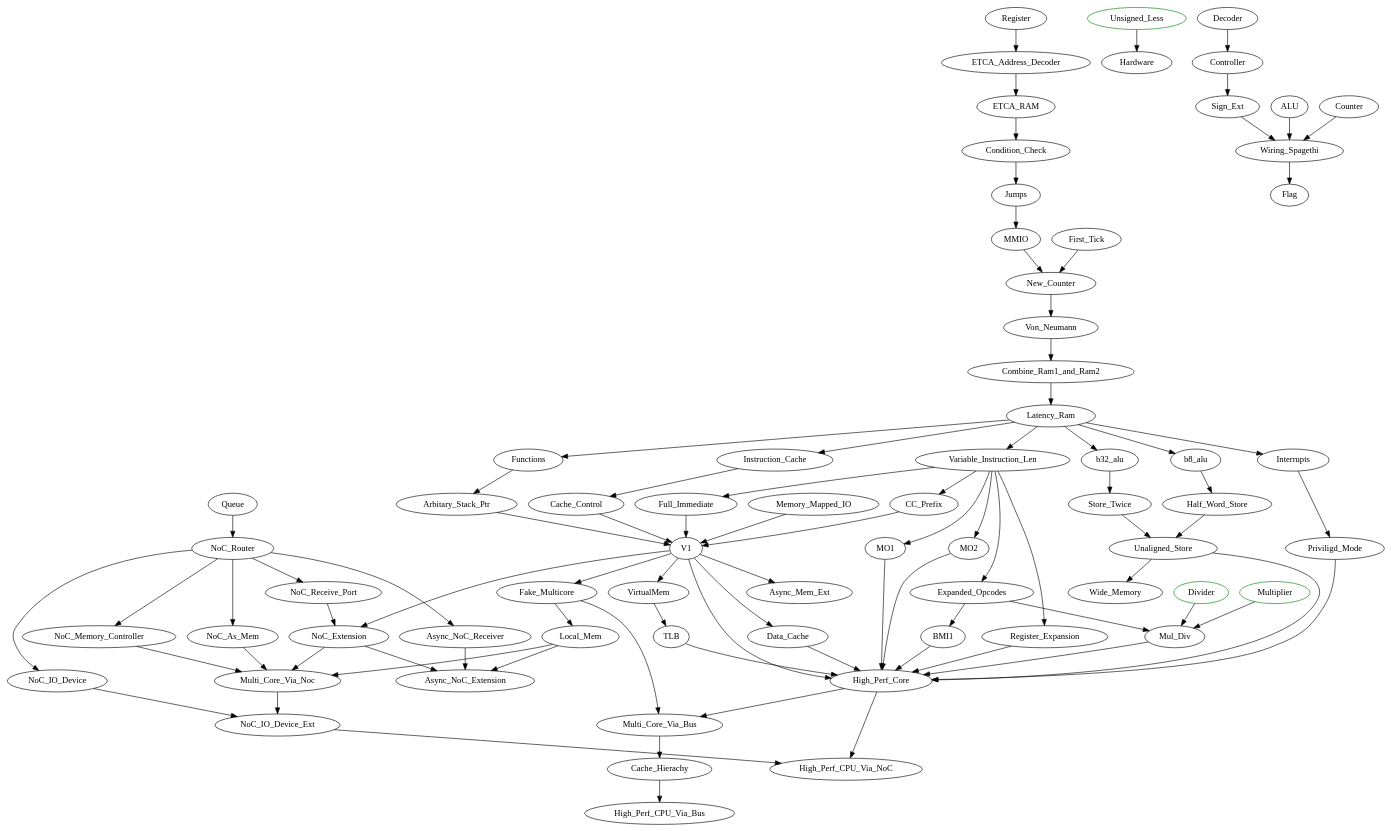
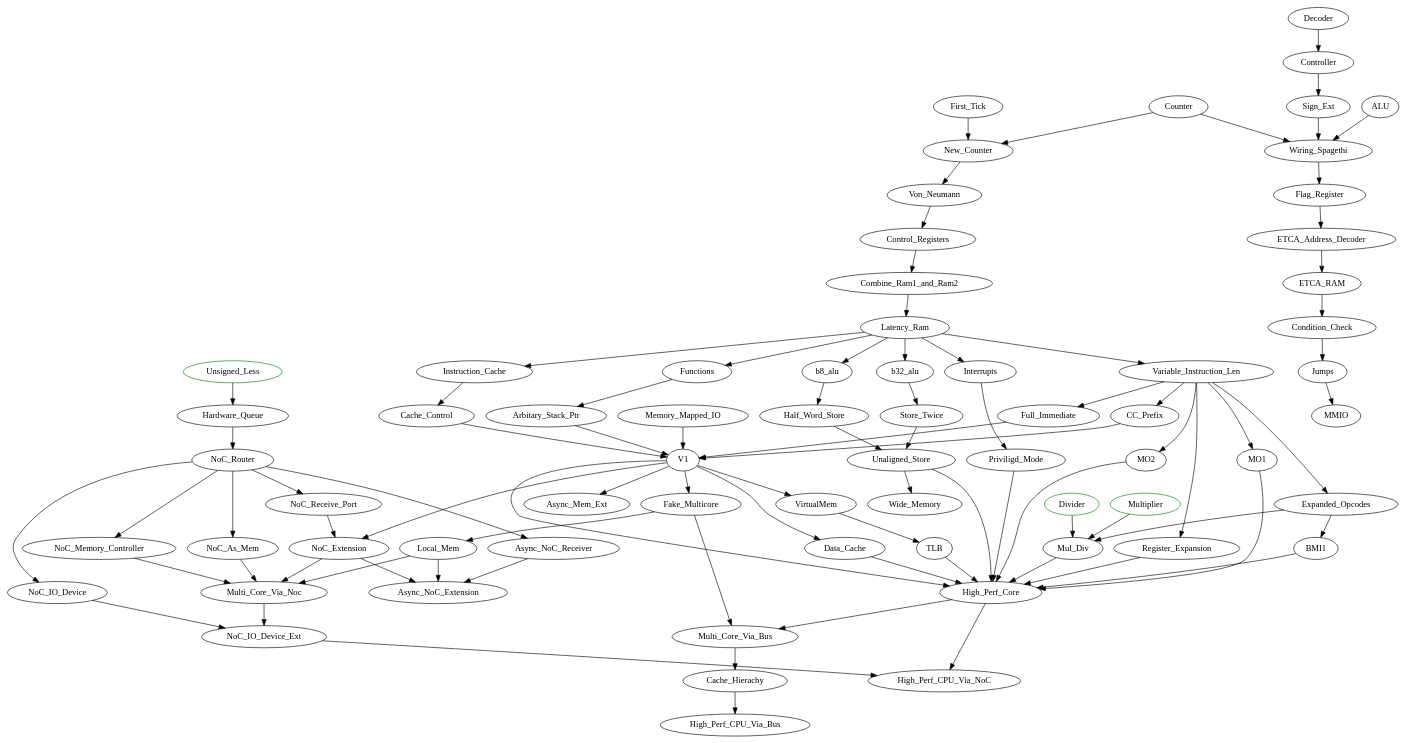
Before and after one commit to alex-s168/tc_campaign: the diagram in TODO.dot, drawn with Graphviz.

```diff
--- a/TODO.dot
+++ b/TODO.dot
@@ -1,56 +1,56 @@
 digraph G {
     // from the main game campaign
     Divider [color="green"]
     Multiplier [color="green"]
     Unsigned_Less [color="green"]
 
     Decoder -> Controller -> Sign_Ext
-    ALU, Sign_Ext, Counter -> Wiring_Spagethi -> Flag Register -> ETCA_Address_Decoder -> ETCA_RAM -> Condition_Check -> Jumps -> MMIO -> New_Counter
-    First_Tick -> New_Counter
-    New_Counter -> Von_Neumann -> Combine_Ram1_and_Ram2 -> Latency_Ram
+    ALU, Sign_Ext, Counter -> Wiring_Spagethi -> Flag_Register -> ETCA_Address_Decoder -> ETCA_RAM -> Condition_Check -> Jumps -> MMIO
+    First_Tick, Counter -> New_Counter
+    New_Counter -> Von_Neumann -> Control_Registers -> Combine_Ram1_and_Ram2 -> Latency_Ram
 
     Latency_Ram -> Interrupts, Variable_Instruction_Len, Functions, b8_alu, b32_alu, Instruction_Cache
 
     Variable_Instruction_Len -> MO1, MO2, Register_Expansion
 
     Functions -> Arbitary_Stack_Ptr
 
     b8_alu -> Half_Word_Store
     b32_alu -> Store_Twice
 
     Half_Word_Store, Store_Twice -> Unaligned_Store
 
     Variable_Instruction_Len -> Full_Immediate, CC_Prefix, Expanded_Opcodes
     
     Multiplier, Expanded_Opcodes, Divider -> Mul_Div
 
     Expanded_Opcodes -> BMI1
 
     Interrupts -> Priviligd_Mode
 
     Instruction_Cache -> Cache_Control
     Full_Immediate, CC_Prefix, Memory_Mapped_IO, Arbitary_Stack_Ptr, Cache_Control -> V1
     V1 -> Data_Cache -> High_Perf_Core
     V1 -> VirtualMem -> TLB -> High_Perf_Core
     Priviligd_Mode, MO1, MO2, Register_Expansion, V1, BMI1, Mul_Div, Unaligned_Store -> High_Perf_Core
 
     Unaligned_Store -> Wide_Memory
 
     V1 -> Async_Mem_Ext
 
-    Unsigned_Less -> Hardware Queue -> NoC_Router -> NoC_Receive_Port, Async_NoC_Receiver, NoC_Memory_Controller
+    Unsigned_Less -> Hardware_Queue -> NoC_Router -> NoC_Receive_Port, Async_NoC_Receiver, NoC_Memory_Controller
     NoC_Receive_Port, V1 -> NoC_Extension
     V1 -> Fake_Multicore -> Local_Mem
     NoC_Extension, Async_NoC_Receiver, Local_Mem -> Async_NoC_Extension
 
     NoC_Router -> NoC_As_Mem
     NoC_Extension, Local_Mem, NoC_As_Mem, NoC_Memory_Controller -> Multi_Core_Via_Noc
     
     NoC_Router -> NoC_IO_Device
     Multi_Core_Via_Noc, NoC_IO_Device -> NoC_IO_Device_Ext
 
     NoC_IO_Device_Ext, High_Perf_Core -> High_Perf_CPU_Via_NoC
 
     High_Perf_Core -> Multi_Core_Via_Bus -> Cache_Hierachy -> High_Perf_CPU_Via_Bus
     Fake_Multicore -> Multi_Core_Via_Bus
 }
```
